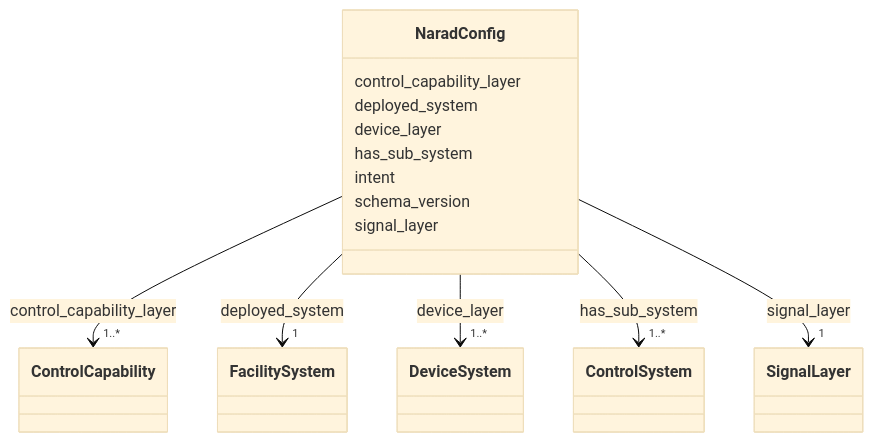
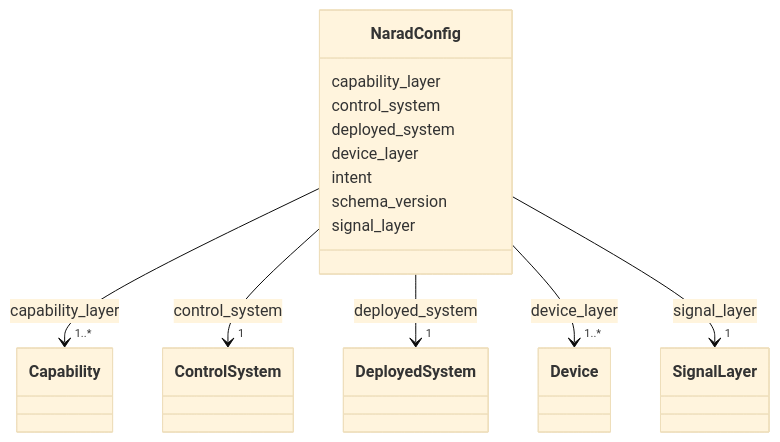
One commit to pals-project/pals-facility-config changed the diagram in docs/elements/NaradConfig.md. Above: the diagram before and after it, drawn with Mermaid (base theme). The commit also changed other lines of this file and 133 other files, not shown here.

Commit message:
Updated documentation, project files, pydantic defintion, and the schema to correctly represent the relationships in the NARAD schema/ontology

````diff
--- a/docs/elements/NaradConfig.md
+++ b/docs/elements/NaradConfig.md
@@ -18,65 +18,65 @@
 ```mermaid
  classDiagram
     class NaradConfig
     click NaradConfig href "../NaradConfig/"
-      NaradConfig : control_capability_layer
+      NaradConfig : capability_layer
         
           
     
         
         
-        NaradConfig --> "1..*" ControlCapability : control_capability_layer
-        click ControlCapability href "../ControlCapability/"
+        NaradConfig --> "1..*" Capability : capability_layer
+        click Capability href "../Capability/"
+    
+
+        
+      NaradConfig : control_system
+        
+          
+    
+        
+        
+        NaradConfig --> "1" ControlSystem : control_system
+        click ControlSystem href "../ControlSystem/"
     
 
         
       NaradConfig : deployed_system
         
           
     
         
         
-        NaradConfig --> "1" FacilitySystem : deployed_system
-        click FacilitySystem href "../FacilitySystem/"
+        NaradConfig --> "1" DeployedSystem : deployed_system
+        click DeployedSystem href "../DeployedSystem/"
     
 
         
       NaradConfig : device_layer
         
           
     
         
         
-        NaradConfig --> "1..*" DeviceSystem : device_layer
-        click DeviceSystem href "../DeviceSystem/"
-    
-
-        
-      NaradConfig : has_sub_system
-        
-          
-    
-        
-        
-        NaradConfig --> "1..*" ControlSystem : has_sub_system
-        click ControlSystem href "../ControlSystem/"
+        NaradConfig --> "1..*" Device : device_layer
+        click Device href "../Device/"
     
 
         
       NaradConfig : intent
         
       NaradConfig : schema_version
         
       NaradConfig : signal_layer
         
           
     
         
         
         NaradConfig --> "1" SignalLayer : signal_layer
         click SignalLayer href "../SignalLayer/"
     
 
         
       
 ```
````
